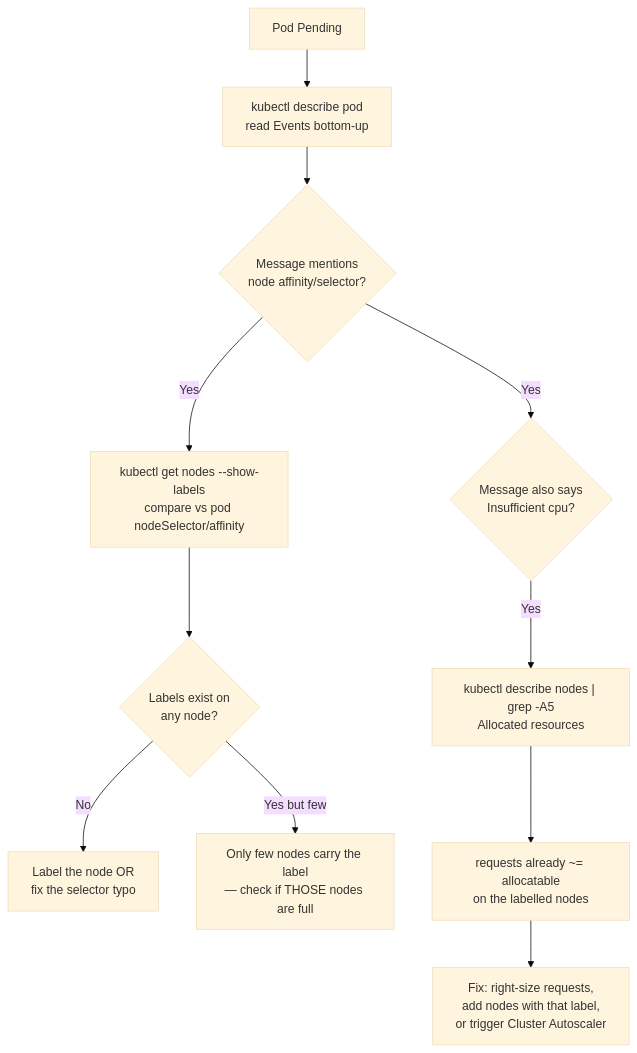
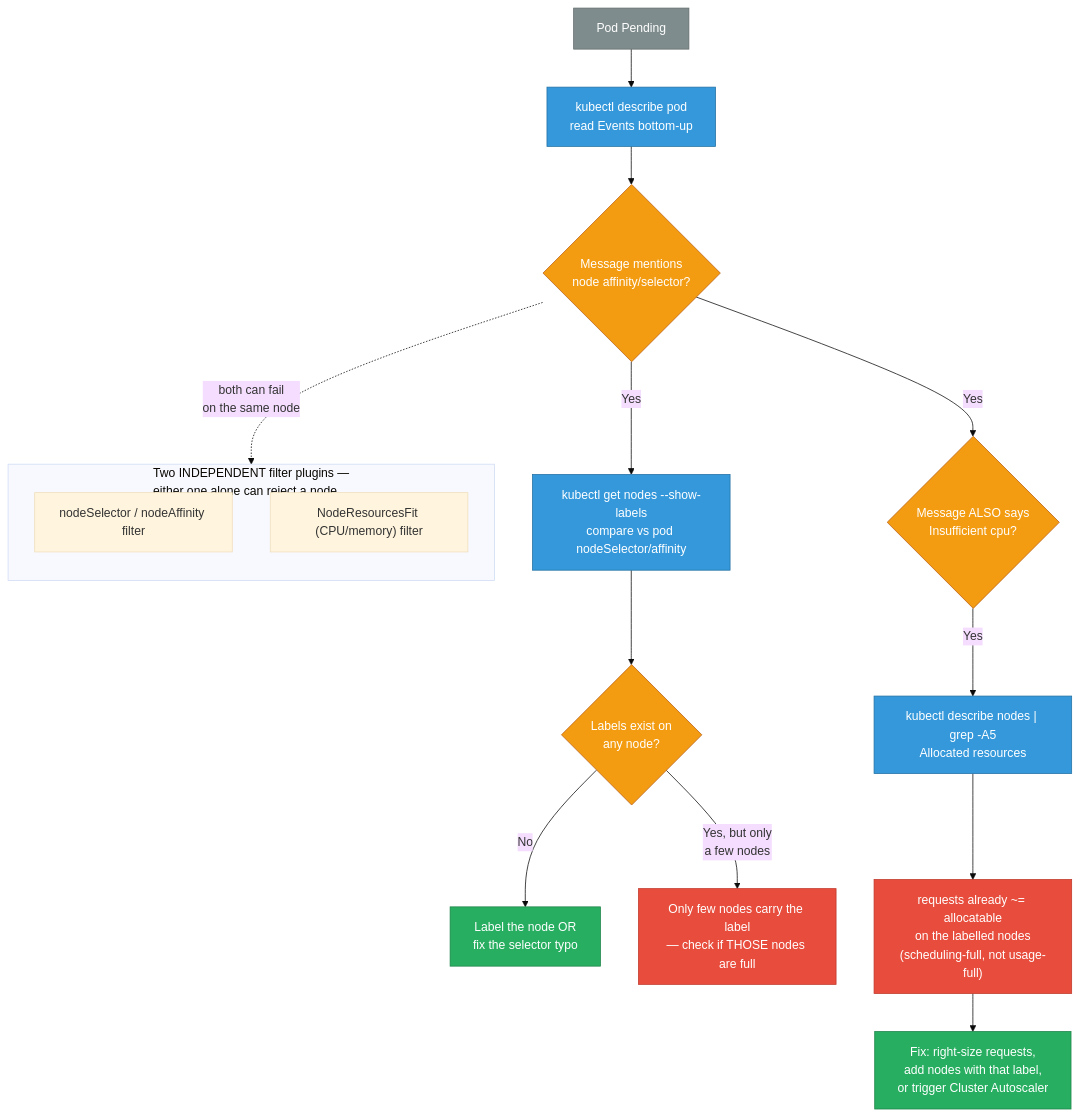
Before and after one commit to deepanshu-rawat6/DevOpsIndex: the first of 8 diagrams in sre/scenarios-scheduling-scaling.md, drawn with Mermaid (base theme). The commit also changed other lines of this file and 10 other files, not shown here.

````diff
--- a/sre/scenarios-scheduling-scaling.md
+++ b/sre/scenarios-scheduling-scaling.md
@@ -26,13 +31,27 @@
 ```mermaid
 flowchart TD
-    A["Pod Pending"] --> B["kubectl describe pod<br/>read Events bottom-up"]
-    B --> C{"Message mentions<br/>node affinity/selector?"}
-    C -- Yes --> D["kubectl get nodes --show-labels<br/>compare vs pod nodeSelector/affinity"]
-    D --> E{"Labels exist on<br/>any node?"}
-    E -- No --> F["Label the node OR<br/>fix the selector typo"]
-    E -- Yes but few --> G["Only few nodes carry the label<br/>— check if THOSE nodes are full"]
-    C -- Yes --> H{"Message also says<br/>Insufficient cpu?"}
-    H -- Yes --> I["kubectl describe nodes | grep -A5<br/>Allocated resources"]
-    I --> J["requests already ~= allocatable<br/>on the labelled nodes"]
-    J --> K["Fix: right-size requests,<br/>add nodes with that label,<br/>or trigger Cluster Autoscaler"]
+    classDef start fill:#7f8c8d,stroke:#616a6b,color:#fff
+    classDef check fill:#3498db,stroke:#2471a3,color:#fff
+    classDef decision fill:#f39c12,stroke:#ba6018,color:#fff
+    classDef bad fill:#e74c3c,stroke:#c0392b,color:#fff
+    classDef fix fill:#27ae60,stroke:#1e8449,color:#fff
+
+    A["Pod Pending"]:::start --> B["kubectl describe pod<br/>read Events bottom-up"]:::check
+    B --> C{"Message mentions<br/>node affinity/selector?"}:::decision
+
+    subgraph FILTERS["Two INDEPENDENT filter plugins —<br/>either one alone can reject a node"]
+        direction TB
+        F1["nodeSelector / nodeAffinity filter"]
+        F2["NodeResourcesFit (CPU/memory) filter"]
+    end
+    C -.->|"both can fail<br/>on the same node"| FILTERS
+
+    C -- Yes --> D["kubectl get nodes --show-labels<br/>compare vs pod nodeSelector/affinity"]:::check
+    D --> E{"Labels exist on<br/>any node?"}:::decision
+    E -- No --> F["Label the node OR<br/>fix the selector typo"]:::fix
+    E -- "Yes, but only<br/>a few nodes" --> G["Only few nodes carry the label<br/>— check if THOSE nodes are full"]:::bad
+    C -- Yes --> H{"Message ALSO says<br/>Insufficient cpu?"}:::decision
+    H -- Yes --> I["kubectl describe nodes | grep -A5<br/>Allocated resources"]:::check
+    I --> J["requests already ~= allocatable<br/>on the labelled nodes<br/>(scheduling-full, not usage-full)"]:::bad
+    J --> K["Fix: right-size requests,<br/>add nodes with that label,<br/>or trigger Cluster Autoscaler"]:::fix
 ```
````
